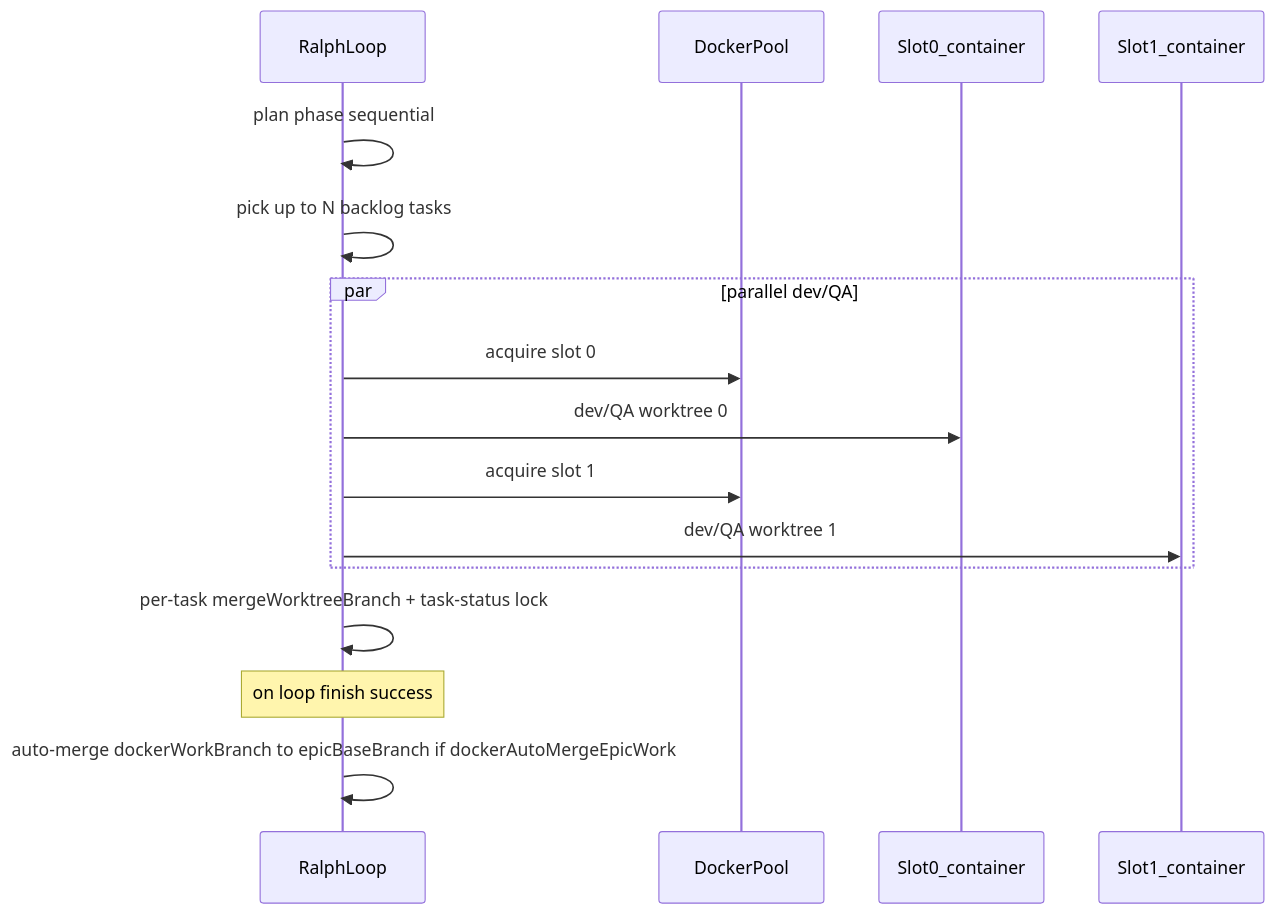
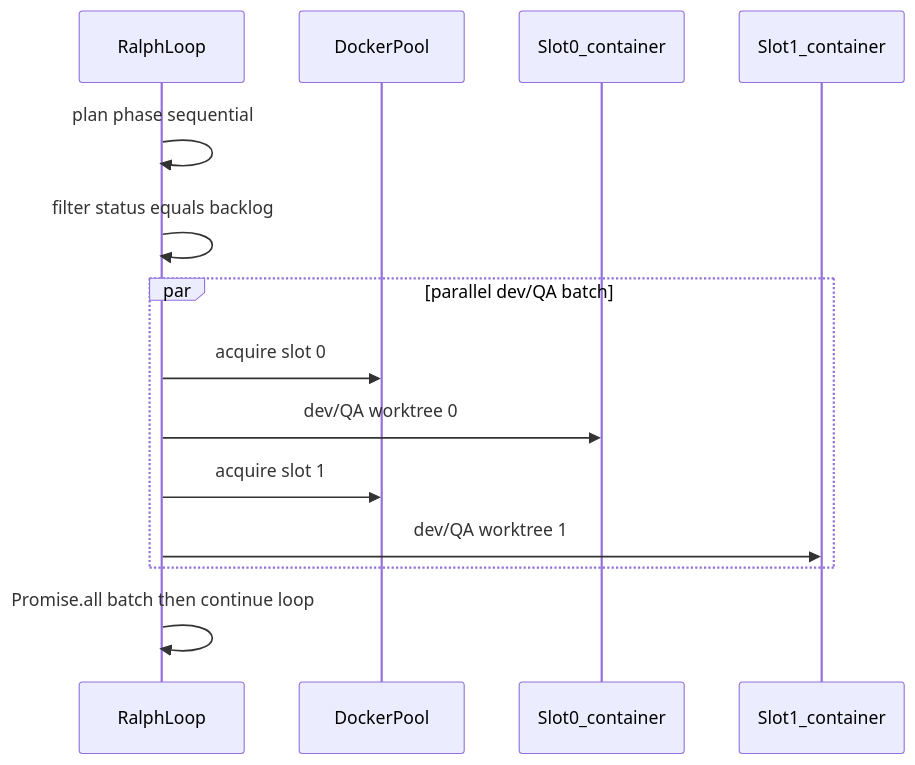
One commit to izep/ralph-gui changed the sixth of 9 diagrams in docs/epics/epic-004-parallel-docker-support.plan.md. Above: the diagram before and after it, drawn with Mermaid. The commit also changed other lines of this file and 21 other files, not shown here.

First line of the commit message:
Enhance Docker support with parallel task execution and new merge strategies

````diff
--- a/docs/epics/epic-004-parallel-docker-support.plan.md
+++ b/docs/epics/epic-004-parallel-docker-support.plan.md
@@ -581,19 +613,17 @@
 ```mermaid
 sequenceDiagram
   participant RL as RalphLoop
   participant Pool as DockerPool
   participant T1 as Slot0_container
   participant T2 as Slot1_container
 
   RL->>RL: plan phase sequential
-  RL->>RL: pick up to N backlog tasks
-  par parallel dev/QA
+  RL->>RL: filter status equals backlog
+  par parallel dev/QA batch
     RL->>Pool: acquire slot 0
     RL->>T1: dev/QA worktree 0
     RL->>Pool: acquire slot 1
     RL->>T2: dev/QA worktree 1
   end
-  RL->>RL: per-task mergeWorktreeBranch + task-status lock
-  Note over RL: on loop finish success
-  RL->>RL: auto-merge dockerWorkBranch to epicBaseBranch if dockerAutoMergeEpicWork
+  RL->>RL: Promise.all batch then continue loop
 ```
````
